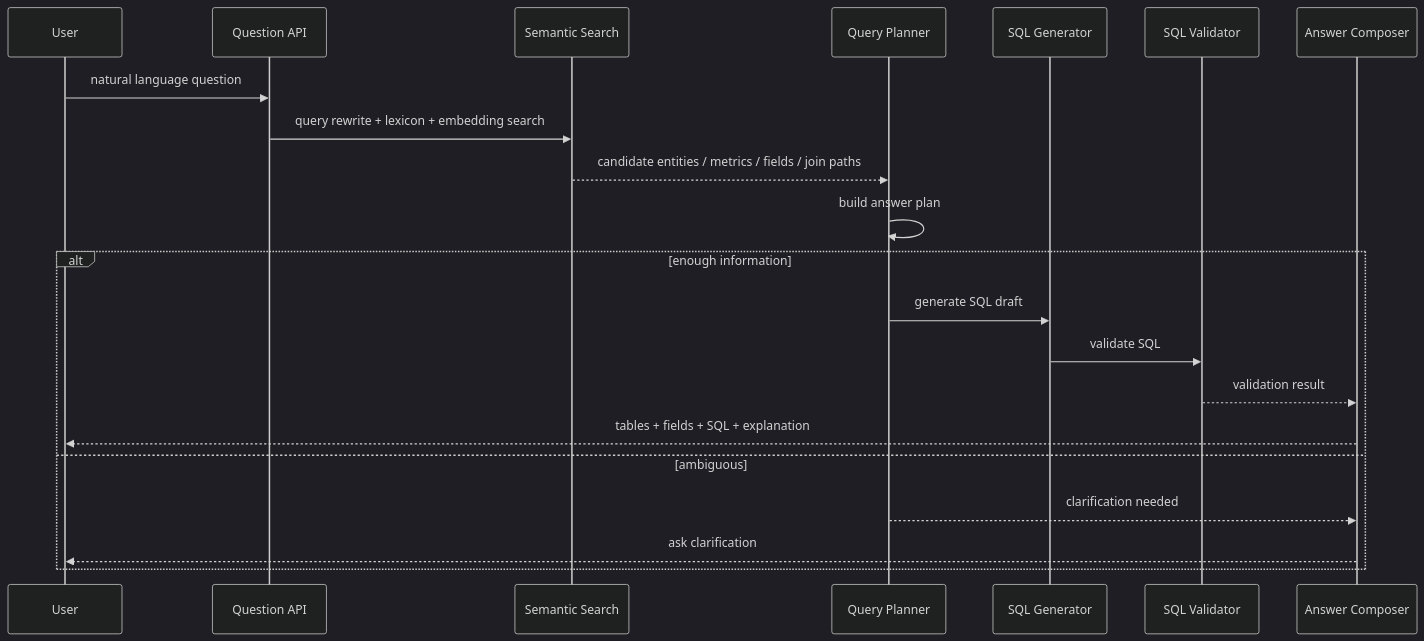
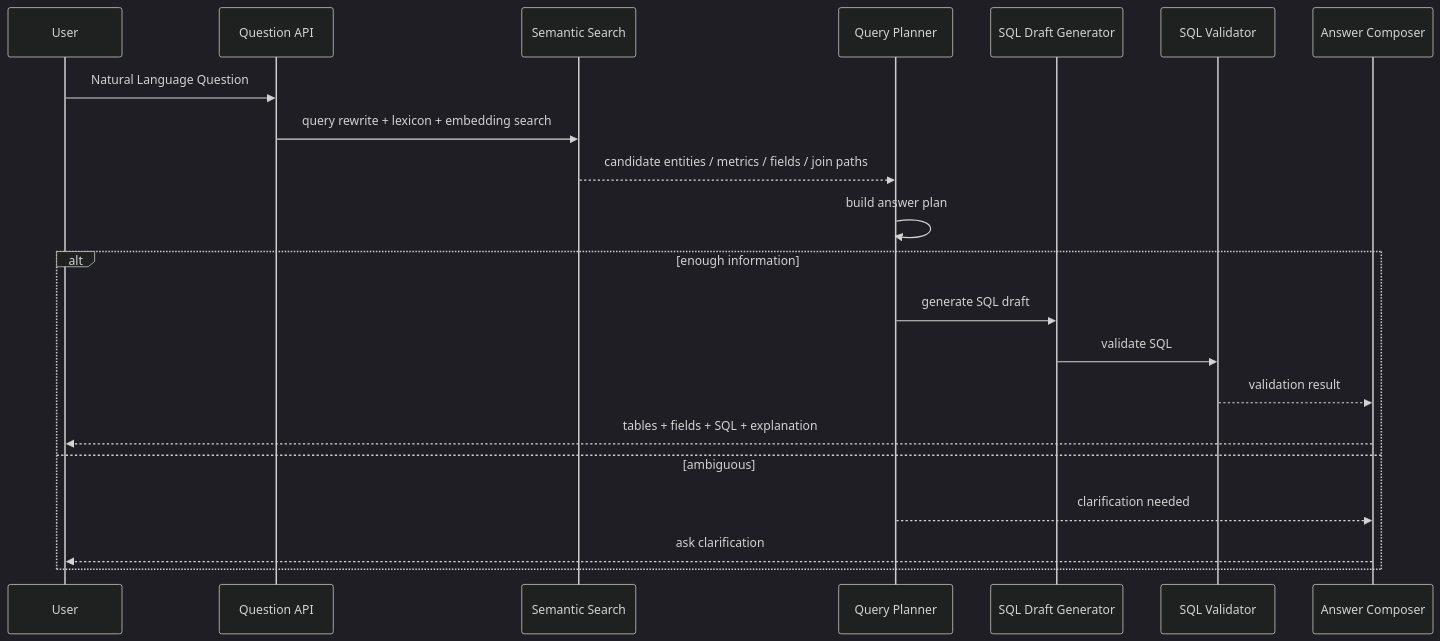
Before and after one commit to xiaoguang/relation-detector: the sixth of 8 diagrams in docs/design/semantic-layer-overall-design.md, drawn with Mermaid (dark theme). The commit also changed other lines of this file and 14 other files, not shown here.

````diff
--- a/docs/design/semantic-layer-overall-design.md
+++ b/docs/design/semantic-layer-overall-design.md
@@ -97,24 +193,24 @@
 ```mermaid
 sequenceDiagram
   participant U as User
   participant Q as Question API
   participant S as Semantic Search
   participant P as Query Planner
-  participant G as SQL Generator
+  participant G as SQL Draft Generator
   participant V as SQL Validator
   participant A as Answer Composer
 
-  U->>Q: natural language question
+  U->>Q: Natural Language Question
   Q->>S: query rewrite + lexicon + embedding search
   S-->>P: candidate entities / metrics / fields / join paths
   P->>P: build answer plan
   alt enough information
     P->>G: generate SQL draft
     G->>V: validate SQL
     V-->>A: validation result
     A-->>U: tables + fields + SQL + explanation
   else ambiguous
     P-->>A: clarification needed
     A-->>U: ask clarification
   end
 ```
````
